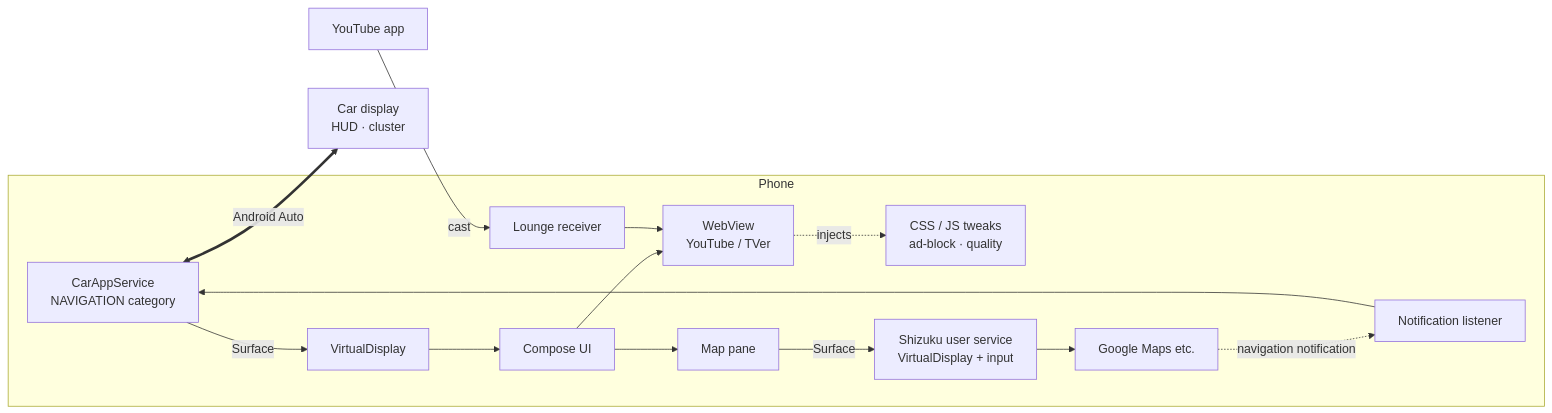
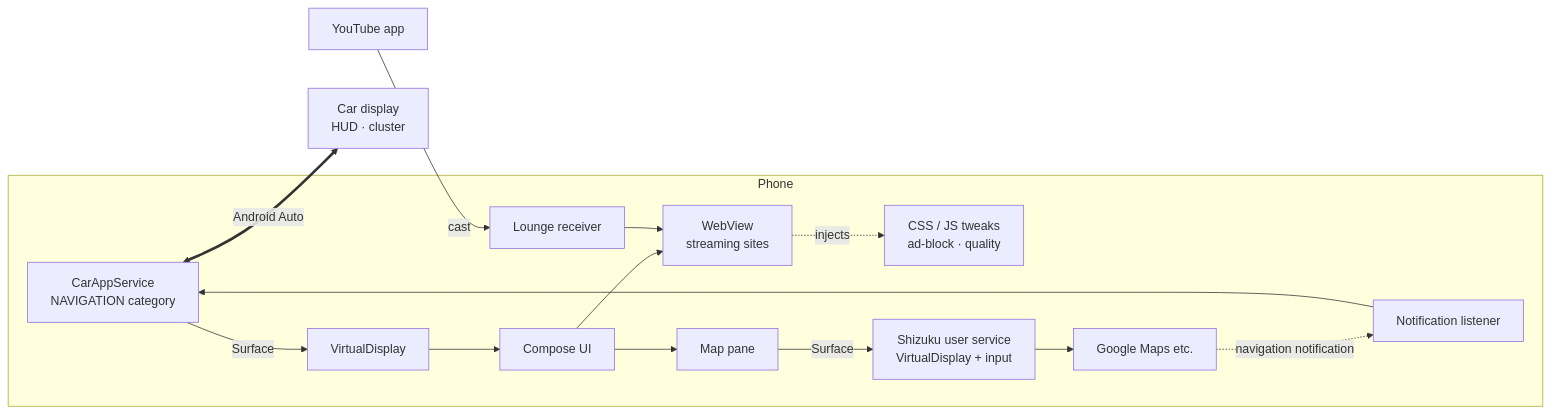
The diagram in README.md (hirossan4049/aweauto), drawn with Mermaid before and after one commit. The commit also changed other lines of this file and 5 other files, not shown here.

````diff
--- a/README.md
+++ b/README.md
@@ -168,17 +179,17 @@
 ```mermaid
 flowchart LR
     subgraph Phone
         CAS[CarAppService<br/>NAVIGATION category] -- Surface --> VD[VirtualDisplay]
         VD --> UI[Compose UI]
-        UI --> WV[WebView<br/>YouTube / TVer]
+        UI --> WV[WebView<br/>streaming sites]
         WV -. injects .-> JS[CSS / JS tweaks<br/>ad-block · quality]
         UI --> MP[Map pane]
         MP -- Surface --> SH[Shizuku user service<br/>VirtualDisplay + input]
         SH --> MAP[Google Maps etc.]
         MAP -. navigation notification .-> NL[Notification listener]
         NL --> CAS
         LR[Lounge receiver] --> WV
     end
     CAS <== Android Auto ==> CAR[Car display<br/>HUD · cluster]
     YT[YouTube app] -- cast --> LR
 ```
````
